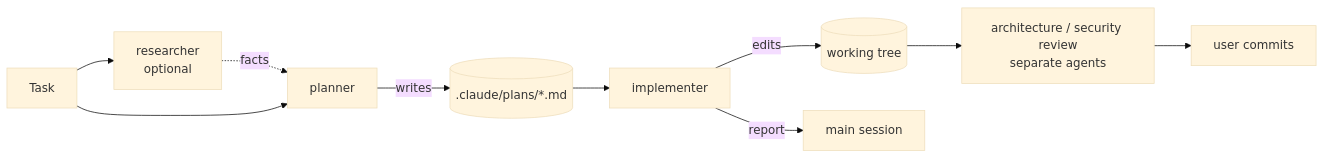
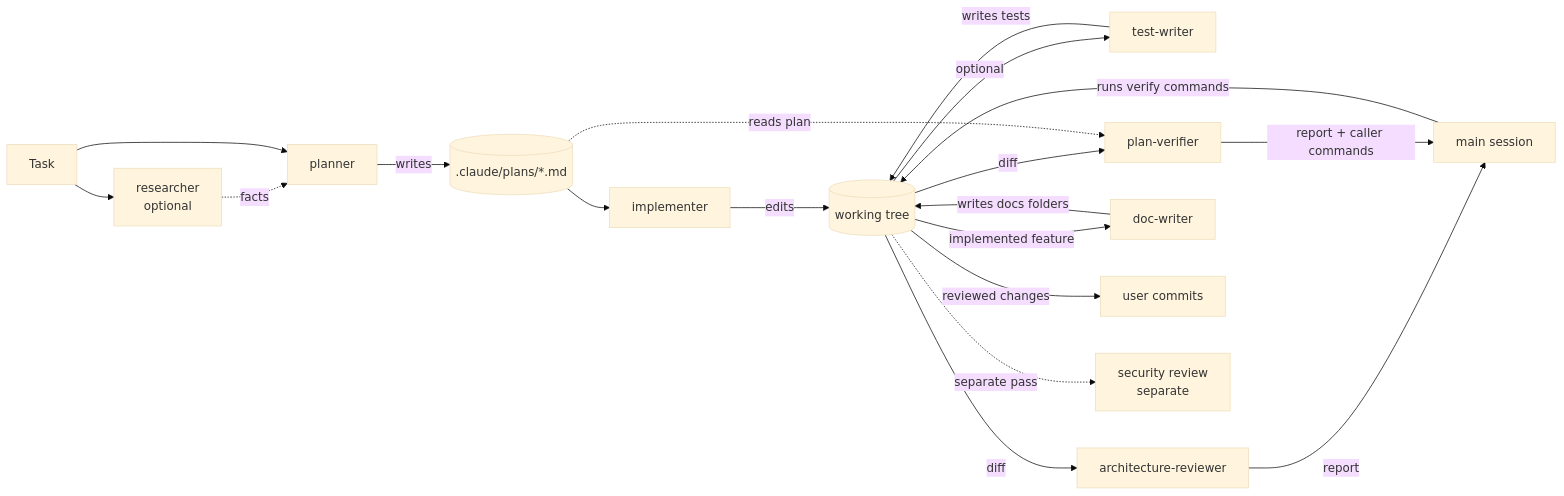
The diagram in .claude/agents/README.md (BalakaMd/dev-digest), drawn with Mermaid (base theme) before and after one commit. The commit also changed other lines of this file and 8 other files, not shown here.

Commit message:
feat: introduce dev-flow skill and new subagents for testing, architecture, planning, and documentation

````diff
--- a/.claude/agents/README.md
+++ b/.claude/agents/README.md
@@ -13,12 +17,21 @@
 ```mermaid
 flowchart LR
   T[Task] --> R[researcher<br/>optional]
   R -. facts .-> P
   T --> P[planner]
   P -->|writes| F[(.claude/plans/*.md)]
   F --> I[implementer]
   I -->|edits| W[(working tree)]
-  I -->|report| M[main session]
-  W --> V[architecture / security review<br/>separate agents]
-  V --> U[user commits]
+  W -->|optional| TW[test-writer]
+  TW -->|writes tests| W
+  W -->|diff| AR[architecture-reviewer]
+  W -->|diff| PV[plan-verifier]
+  F -.->|reads plan| PV
+  AR -->|report| M[main session]
+  PV -->|report + caller commands| M
+  M -->|runs verify commands| W
+  W -->|implemented feature| DW[doc-writer]
+  DW -->|writes docs folders| W
+  W -->|reviewed changes| U[user commits]
+  W -.->|separate pass| SEC[security review<br/>separate]
 ```
````
